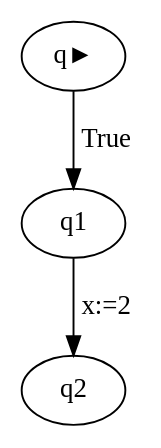
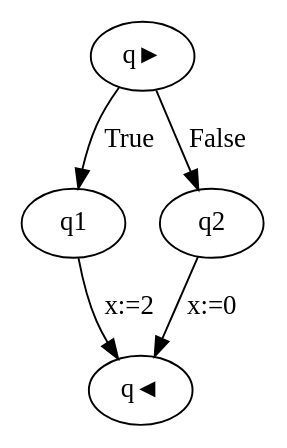
One commit to JepMik/GCL-Build-Analyse-Tool changed the diagram in graph.dot. Above: the diagram before and after it, drawn with Graphviz. The commit also changed 9 other files, not shown here.

```diff
--- a/graph.dot
+++ b/graph.dot
@@ -1,4 +1,6 @@
 strict digraph {
-q1 -> q2[label="x:=2"];
 q► -> q1[label="True"];
+q1 -> q◄[label="x:=2"];
+q► -> q2[label="False"];
+q2 -> q◄[label="x:=0"];
 }
```
